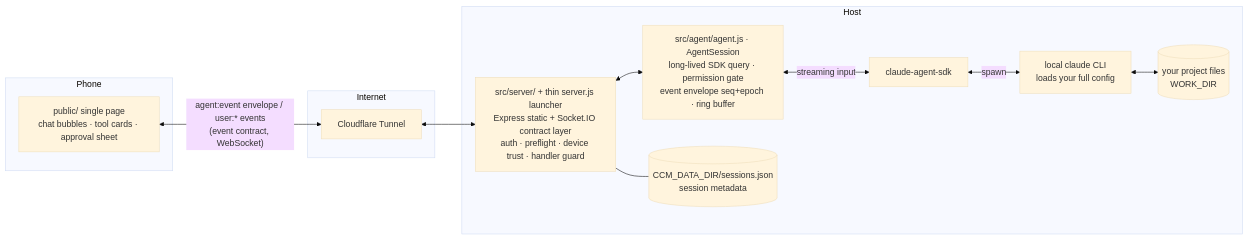
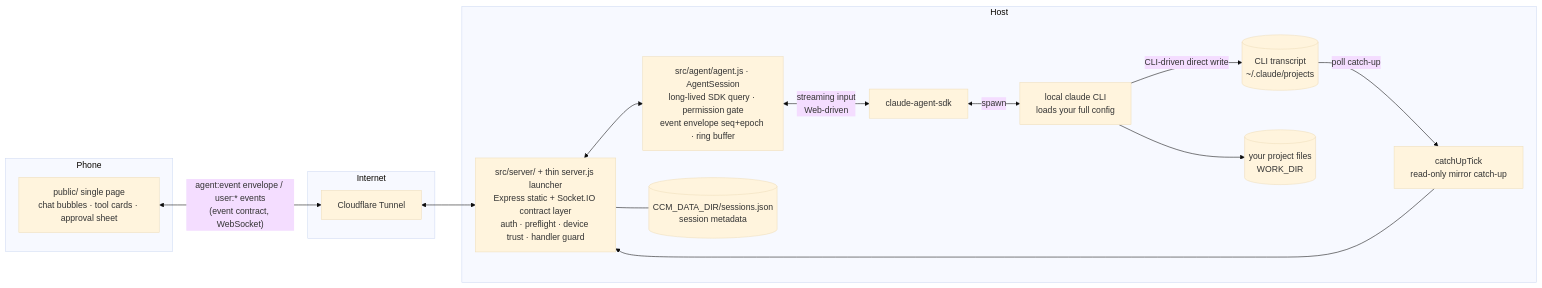
The diagram in README.en.md (Ike-li/claude-chat-mobile), drawn with Mermaid (base theme) before and after one commit. The commit also changed other lines of this file and 3 other files, not shown here.

````diff
--- a/README.en.md
+++ b/README.en.md
@@ -134,21 +153,26 @@
 ```mermaid
 graph LR
     subgraph Phone
         UI[public/ single page<br/>chat bubbles · tool cards · approval sheet]
     end
     subgraph Internet
         CF[Cloudflare Tunnel]
     end
     subgraph Host
         S[src/server/ + thin server.js launcher<br/>Express static + Socket.IO contract layer<br/>auth · preflight · device trust · handler guard]
         A[src/agent/agent.js · AgentSession<br/>long-lived SDK query · permission gate<br/>event envelope seq+epoch · ring buffer]
         J[(CCM_DATA_DIR/sessions.json<br/>session metadata)]
+        H[catchUpTick<br/>read-only mirror catch-up]
         SDK[claude-agent-sdk]
         CLI[local claude CLI<br/>loads your full config]
+        T[(CLI transcript<br/>~/.claude/projects)]
         FS[(your project files<br/>WORK_DIR)]
     end
     UI <-->|"agent:event envelope / user:* events<br/>(event contract, WebSocket)"| CF <--> S
     S <--> A
-    A <-->|streaming input| SDK <-->|spawn| CLI <--> FS
+    A <-->|streaming input<br/>Web-driven| SDK <-->|spawn| CLI
+    CLI --> FS
+    CLI -->|CLI-driven direct write| T
+    T -->|poll catch-up| H --> S
     S --- J
 ```
````
